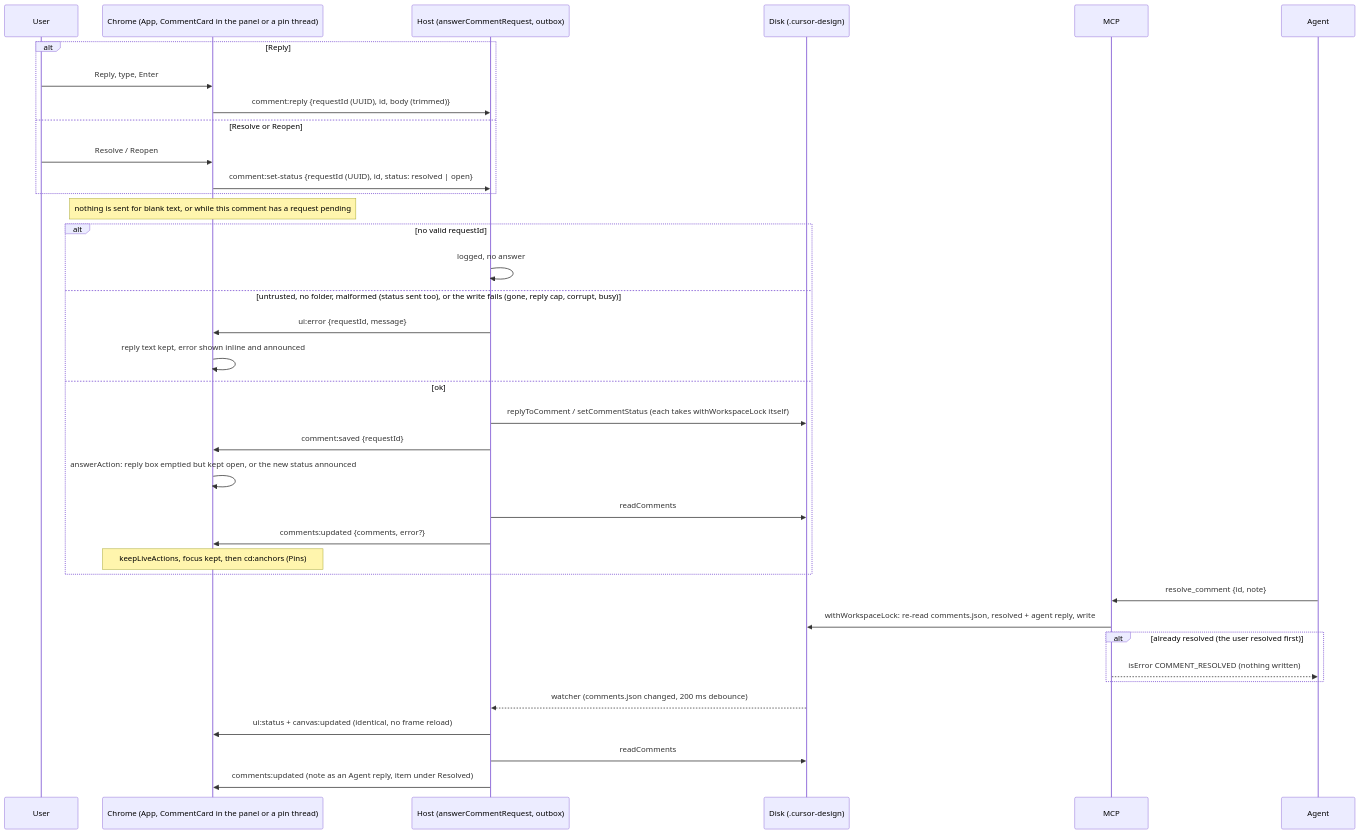
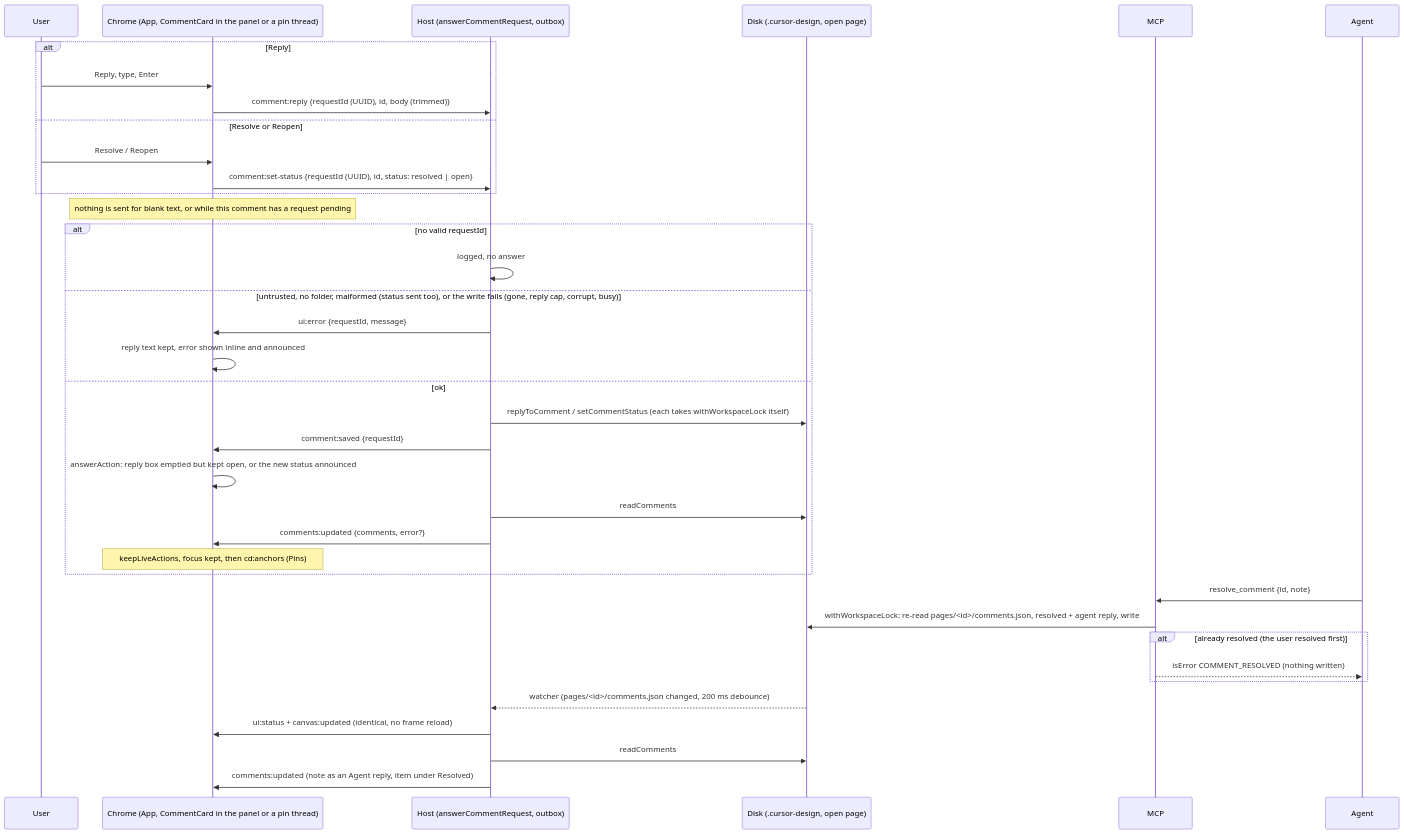
One commit to MarekBombera/cursor-design-extension changed diagram 14 of 16 in blueprint/context/system-map.md. Above: the diagram before and after it, drawn with Mermaid. The commit also changed other lines of this file and 57 other files, not shown here.

First line of the commit message:
feat: pages on disk + migration (10a)

````diff
--- a/blueprint/context/system-map.md
+++ b/blueprint/context/system-map.md
@@ -660,39 +744,39 @@
 ```mermaid
 sequenceDiagram
   participant U as User
   participant C as Chrome (App, CommentCard in the panel or a pin thread)
   participant H as Host (answerCommentRequest, outbox)
-  participant D as Disk (.cursor-design)
+  participant D as Disk (.cursor-design, open page)
   participant M as MCP
   participant A as Agent
   alt Reply
     U->>C: Reply, type, Enter
     C->>H: comment:reply {requestId (UUID), id, body (trimmed)}
   else Resolve or Reopen
     U->>C: Resolve / Reopen
     C->>H: comment:set-status {requestId (UUID), id, status: resolved | open}
   end
   Note over C: nothing is sent for blank text, or while this comment has a request pending
   alt no valid requestId
     H->>H: logged, no answer
   else untrusted, no folder, malformed (status sent too), or the write fails (gone, reply cap, corrupt, busy)
     H->>C: ui:error {requestId, message}
     C->>C: reply text kept, error shown inline and announced
   else ok
     H->>D: replyToComment / setCommentStatus (each takes withWorkspaceLock itself)
     H->>C: comment:saved {requestId}
     C->>C: answerAction: reply box emptied but kept open, or the new status announced
     H->>D: readComments
     H->>C: comments:updated {comments, error?}
     Note over C: keepLiveActions, focus kept, then cd:anchors (Pins)
   end
   A->>M: resolve_comment {id, note}
-  M->>D: withWorkspaceLock: re-read comments.json, resolved + agent reply, write
+  M->>D: withWorkspaceLock: re-read pages/<id>/comments.json, resolved + agent reply, write
   alt already resolved (the user resolved first)
     M-->>A: isError COMMENT_RESOLVED (nothing written)
   end
-  D-->>H: watcher (comments.json changed, 200 ms debounce)
+  D-->>H: watcher (pages/<id>/comments.json changed, 200 ms debounce)
   H->>C: ui:status + canvas:updated (identical, no frame reload)
   H->>D: readComments
   H->>C: comments:updated (note as an Agent reply, item under Resolved)
 ```
````
